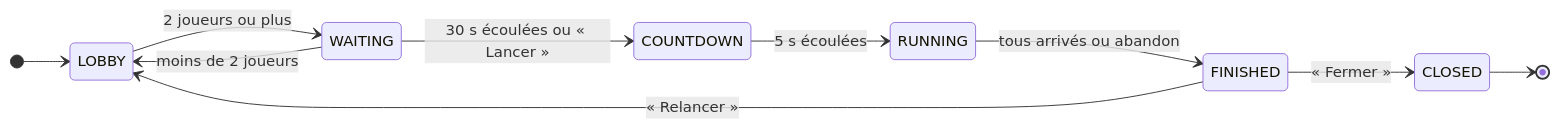
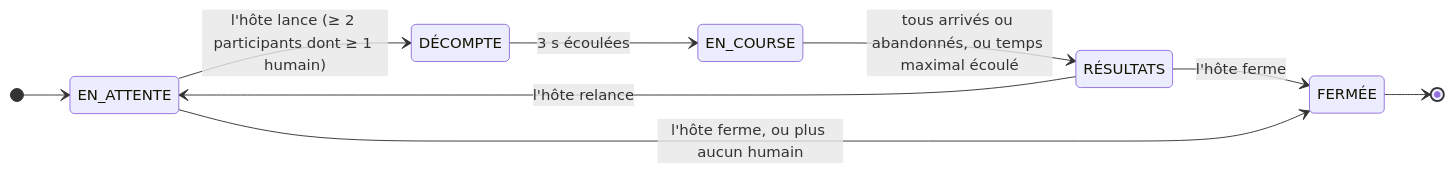
Before and after one commit to blanchejose/fastclap: the second of 2 diagrams in docs/ARCHITECTURE.md, drawn with Mermaid. The commit also changed other lines of this file and 29 other files, not shown here.

````diff
--- a/docs/ARCHITECTURE.md
+++ b/docs/ARCHITECTURE.md
@@ -58,13 +58,12 @@
 ```mermaid
 stateDiagram-v2
     direction LR
-    [*] --> LOBBY
-    LOBBY --> WAITING : 2 joueurs ou plus
-    WAITING --> LOBBY : moins de 2 joueurs
-    WAITING --> COUNTDOWN : 30 s écoulées ou « Lancer »
-    COUNTDOWN --> RUNNING : 5 s écoulées
-    RUNNING --> FINISHED : tous arrivés ou abandon
-    FINISHED --> LOBBY : « Relancer »
-    FINISHED --> CLOSED : « Fermer »
-    CLOSED --> [*]
+    [*] --> EN_ATTENTE
+    EN_ATTENTE --> DÉCOMPTE : l'hôte lance (≥ 2 participants dont ≥ 1 humain)
+    DÉCOMPTE --> EN_COURSE : 3 s écoulées
+    EN_COURSE --> RÉSULTATS : tous arrivés ou abandonnés, ou temps maximal écoulé
+    RÉSULTATS --> EN_ATTENTE : l'hôte relance
+    RÉSULTATS --> FERMÉE : l'hôte ferme
+    EN_ATTENTE --> FERMÉE : l'hôte ferme, ou plus aucun humain
+    FERMÉE --> [*]
 ```
````
